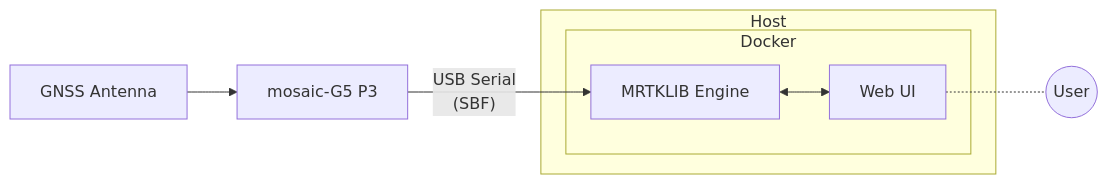
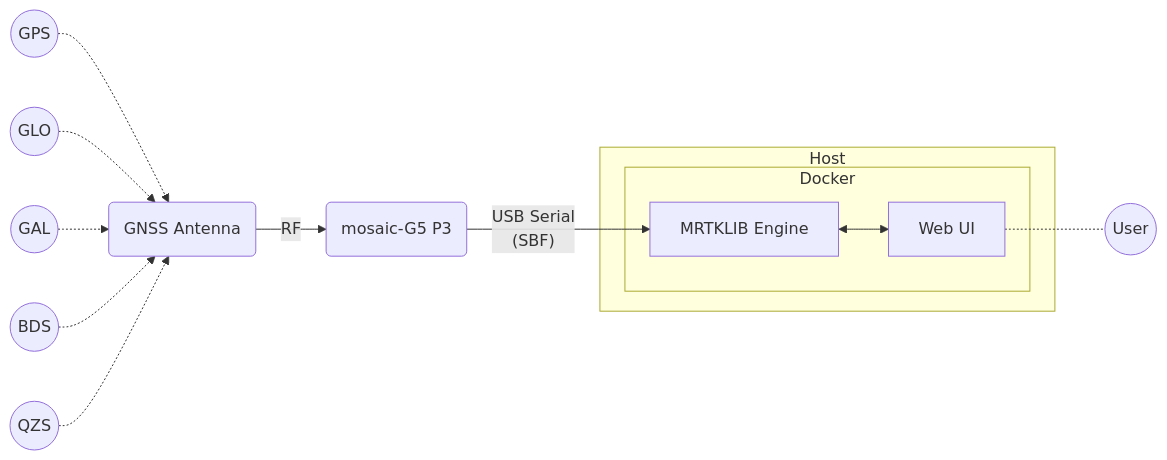
The diagram in docs/ja/00-overview.qmd (h-shiono/mrtklib-quickstart), drawn with Mermaid before and after one commit. The commit also changed other lines of this file and 11 other files, not shown here.

````diff
--- a/docs/ja/00-overview.qmd
+++ b/docs/ja/00-overview.qmd
@@ -32,13 +35,20 @@
 ```{mermaid}
 flowchart LR
-  ant[GNSS Antenna] --> rcv[mosaic-G5 P3]
+
+  gps((GPS)) -.-> ant(GNSS Antenna)
+  glo((GLO)) -.-> ant
+  gal((GAL)) -.-> ant
+  bds((BDS)) -.-> ant
+  qzs((QZS)) -.-> ant
+
+  ant -- RF --> rcv(mosaic-G5 P3)
   rcv -- "USB Serial</br>(SBF)" --> container["MRTKLIB Engine"]
 
   subgraph Host
     subgraph Docker
       container <--> ui[Web UI]
     end
   end
 
   ui -.- user((User))
 ```
````
